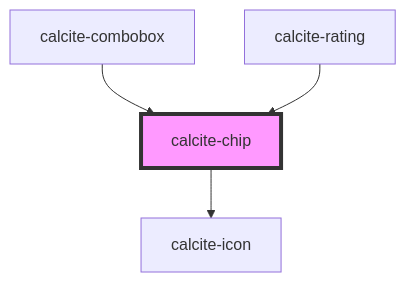
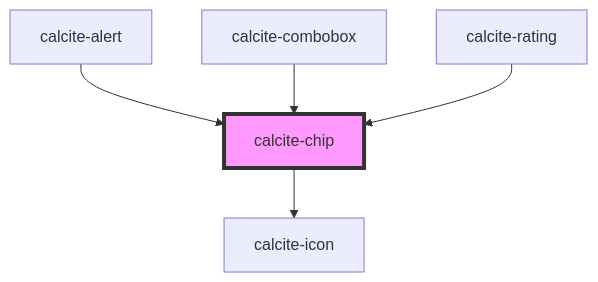
One commit to vikivakarvc/calcite-design-system changed the diagram in src/components/calcite-chip/readme.md. Above: the diagram before and after it, drawn with Mermaid. The commit also changed other lines of this file and 18 other files, not shown here.

````diff
--- a/src/components/calcite-chip/readme.md
+++ b/src/components/calcite-chip/readme.md
@@ -45,7 +54,8 @@
 ```mermaid
 graph TD;
   calcite-chip --> calcite-icon
+  calcite-alert --> calcite-chip
   calcite-combobox --> calcite-chip
   calcite-rating --> calcite-chip
   style calcite-chip fill:#f9f,stroke:#333,stroke-width:4px
 ```
````
